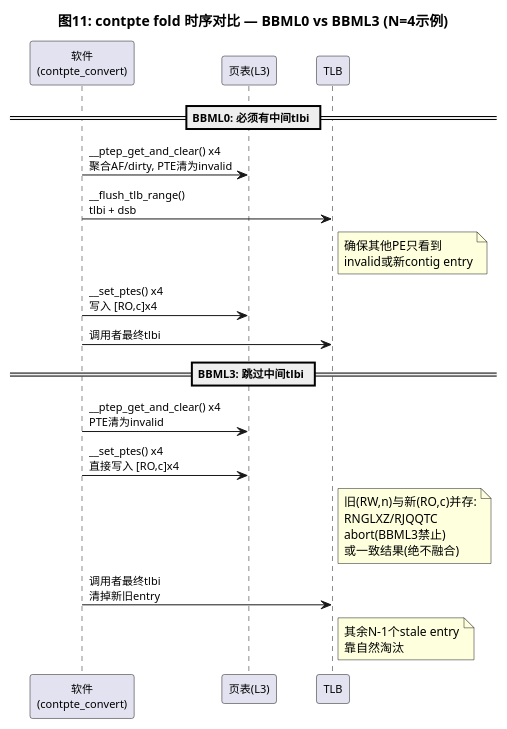
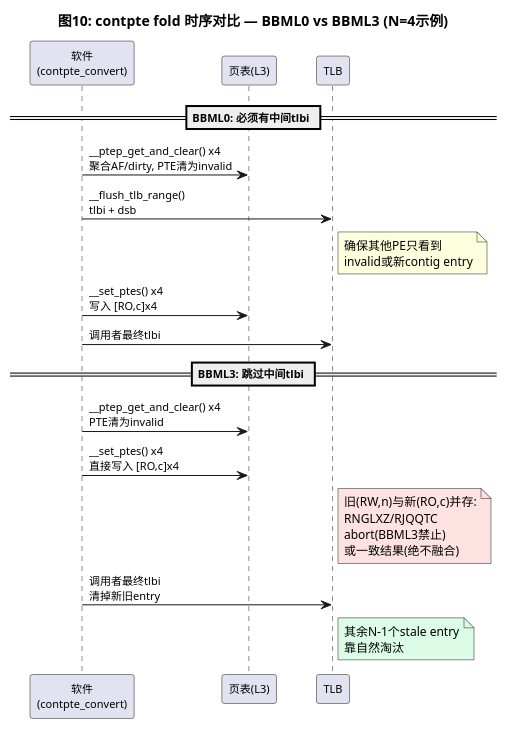
One commit to AkiraZheng/AkiraZheng.github.io changed diagram 11 of 12 in source/_posts/ARM64-BBML源码分析-BBML0-BBML3.md. Above: the diagram before and after it, drawn with PlantUML. The commit also changed other lines of this file and 10 other files, not shown here.

````diff
--- a/source/_posts/ARM64-BBML源码分析-BBML0-BBML3.md
+++ b/source/_posts/ARM64-BBML源码分析-BBML0-BBML3.md
@@ -1570,29 +1649,29 @@
 ```plantuml
 @startuml
 skinparam backgroundColor white
 skinparam defaultFontSize 11
 skinparam noteFontSize 12
 skinparam ParticipantPadding 15
-title 图11: contpte fold 时序对比 — BBML0 vs BBML3 (N=4示例)
+title 图10: contpte fold 时序对比 — BBML0 vs BBML3 (N=4示例)
 
 participant "软件\n(contpte_convert)" as SW
 participant "页表(L3)" as PT
 participant "TLB" as TLB
 
 == BBML0: 必须有中间tlbi ==
 
 SW -> PT : __ptep_get_and_clear() x4\n聚合AF/dirty, PTE清为invalid
 SW -> TLB : __flush_tlb_range()\ntlbi + dsb
 note right of TLB : 确保其他PE只看到\ninvalid或新contig entry
 SW -> PT : __set_ptes() x4\n写入 [RO,c]x4
 SW -> TLB : 调用者最终tlbi
 
 == BBML3: 跳过中间tlbi ==
 
 SW -> PT : __ptep_get_and_clear() x4\nPTE清为invalid
 SW -> PT : __set_ptes() x4\n直接写入 [RO,c]x4
-note right of TLB : 旧(RW,n)与新(RO,c)并存:\nRNGLXZ/RJQQTC\nabort(BBML3禁止)\n或一致结果(绝不融合)
+note right of TLB #fee2e2 : 旧(RW,n)与新(RO,c)并存:\nRNGLXZ/RJQQTC\nabort(BBML3禁止)\n或一致结果(绝不融合)
 SW -> TLB : 调用者最终tlbi\n清掉新旧entry
-note right of TLB : 其余N-1个stale entry\n靠自然淘汰
+note right of TLB #dcfce7 : 其余N-1个stale entry\n靠自然淘汰
 @enduml
 ```
````
